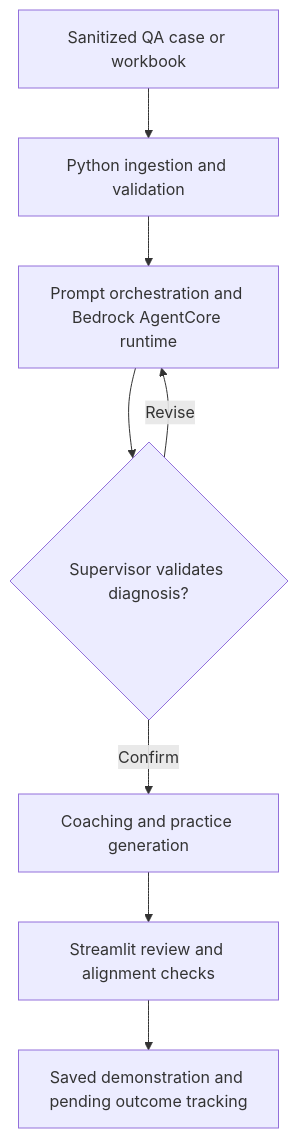
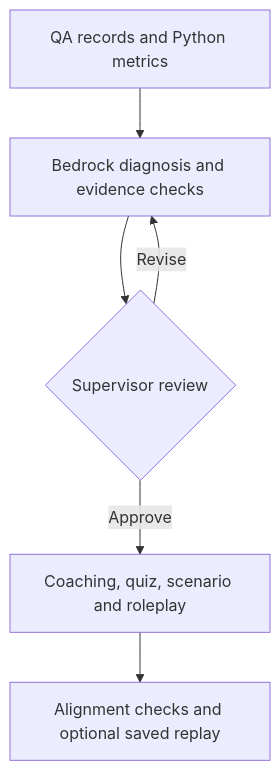
Before and after one commit to BeazerJobs-USA/ResultsCX-Amazon-AWS-AI-Competition-2026: the diagram in README.md, drawn with Mermaid. The commit also changed other lines of this file and 26 other files, not shown here.

````diff
--- a/README.md
+++ b/README.md
@@ -48,10 +25,8 @@
 ```mermaid
 flowchart TD
-    A["Sanitized QA case or workbook"] --> B["Python ingestion and validation"]
-    B --> C["Prompt orchestration and Bedrock AgentCore runtime"]
-    C --> D{"Supervisor validates diagnosis?"}
-    D -->|Revise| C
-    D -->|Confirm| E["Coaching and practice generation"]
-    E --> F["Streamlit review and alignment checks"]
-    F --> G["Saved demonstration and pending outcome tracking"]
+    A["QA records and Python metrics"] --> B["Bedrock diagnosis and evidence checks"]
+    B --> C{"Supervisor review"}
+    C -->|Revise| B
+    C -->|Approve| D["Coaching, quiz, scenario and roleplay"]
+    D --> E["Alignment checks and optional saved replay"]
 ```
````
